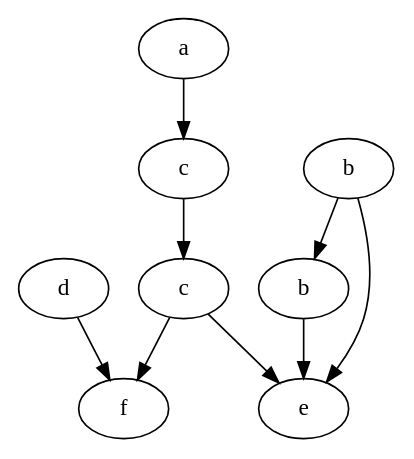
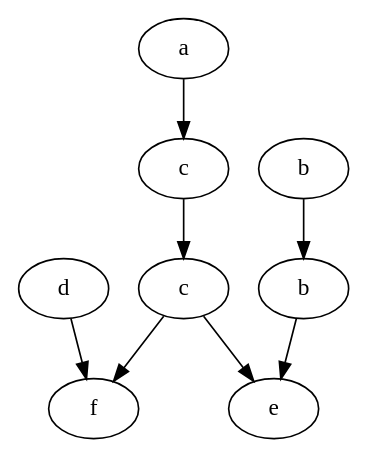
The diagram in ThreadsSchedulingJava/res_test2.dot (zofiagrodecka/Concurrent-computing), drawn with Graphviz before and after one commit.

```diff
--- a/ThreadsSchedulingJava/res_test2.dot
+++ b/ThreadsSchedulingJava/res_test2.dot
@@ -1,18 +1,17 @@
 digraph g{
 0 -> 1
 1 -> 3
 2 -> 4
 3 -> 4
 5 -> 6
 3 -> 7
-5 -> 7
 6 -> 7
 0[ label=a ]
 1[ label=c ]
 2[ label=d ]
 3[ label=c ]
 4[ label=f ]
 5[ label=b ]
 6[ label=b ]
 7[ label=e ]
 }
```
